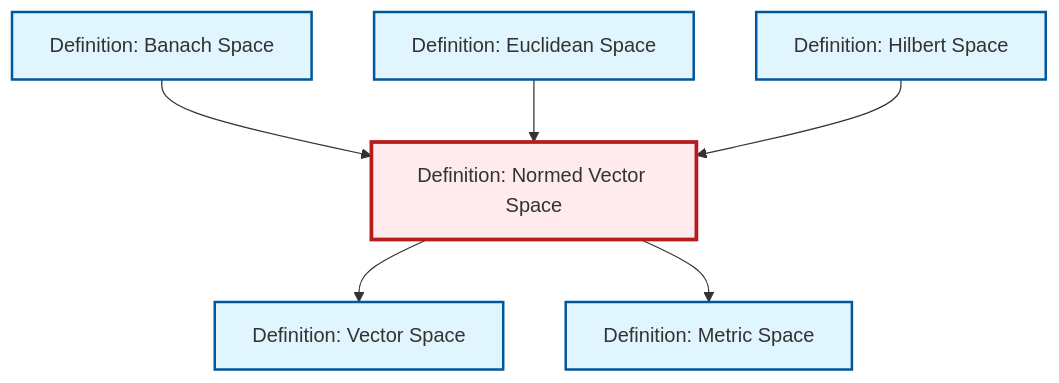
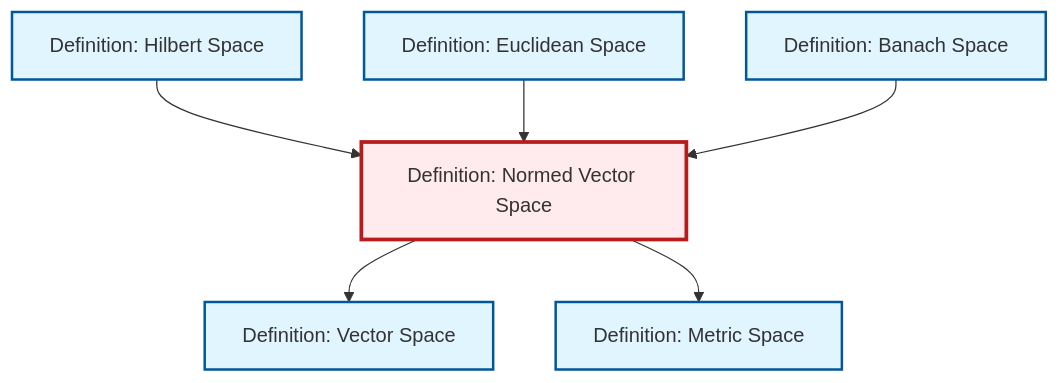
Before and after one commit to RK0429/ModernMath: the diagram in content/en/analysis/def-normed-vector-space.qmd, drawn with Mermaid. The commit also changed other lines of this file and 634 other files, not shown here.

````diff
--- a/content/en/analysis/def-normed-vector-space.qmd
+++ b/content/en/analysis/def-normed-vector-space.qmd
@@ -131,26 +131,26 @@
 ```{mermaid}
 %%| fig-cap: "Local dependency graph"
 graph TD
     classDef definition fill:#e1f5fe,stroke:#01579b,stroke-width:2px
     classDef theorem fill:#f3e5f5,stroke:#4a148c,stroke-width:2px
     classDef axiom fill:#fff3e0,stroke:#e65100,stroke-width:2px
     classDef example fill:#e8f5e9,stroke:#1b5e20,stroke-width:2px
     classDef current fill:#ffebee,stroke:#b71c1c,stroke-width:3px
+    def-hilbert-space["Definition: Hilbert Space"]:::definition
+    def-banach-space["Definition: Banach Space"]:::definition
     def-metric-space["Definition: Metric Space"]:::definition
-    def-banach-space["Definition: Banach Space"]:::definition
     def-euclidean-space["Definition: Euclidean Space"]:::definition
-    def-hilbert-space["Definition: Hilbert Space"]:::definition
+    def-vector-space["Definition: Vector Space"]:::definition
     def-normed-vector-space["Definition: Normed Vector Space"]:::definition
-    def-vector-space["Definition: Vector Space"]:::definition
+    def-hilbert-space --> def-normed-vector-space
     def-normed-vector-space --> def-vector-space
-    def-banach-space --> def-normed-vector-space
     def-euclidean-space --> def-normed-vector-space
     def-normed-vector-space --> def-metric-space
-    def-hilbert-space --> def-normed-vector-space
+    def-banach-space --> def-normed-vector-space
     class def-normed-vector-space current
+    click def-hilbert-space "def-hilbert-space.html" "Go to Hilbert Space definition"
+    click def-banach-space "def-banach-space.html" "Go to Banach Space definition"
     click def-metric-space "def-metric-space.html" "Go to Metric Space definition"
-    click def-banach-space "def-banach-space.html" "Go to Banach Space definition"
     click def-euclidean-space "def-euclidean-space.html" "Go to Euclidean Space definition"
-    click def-hilbert-space "def-hilbert-space.html" "Go to Hilbert Space definition"
     click def-vector-space "def-vector-space.html" "Go to Vector Space definition"
 ```
````
